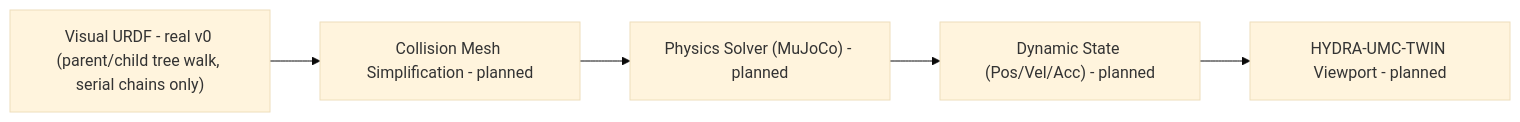
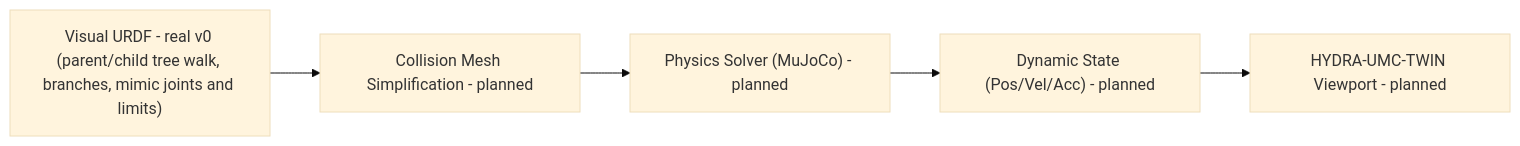
Before and after one commit to JuanenRac/HYDRA-UMC-PHYSICS-REPLICA: the diagram in README.md, drawn with Mermaid (base theme). The commit also changed other lines of this file and 15 other files, not shown here.

Commit message:
Read a branching URDF whole, follow mimic joints and check soft, velocity and effort limits

````diff
--- a/README.md
+++ b/README.md
@@ -56,7 +56,7 @@
 ```mermaid
 flowchart LR
-    URDF["Visual URDF - real v0 (parent/child tree walk, serial chains only)"] --> MESH["Collision Mesh Simplification - planned"]
+    URDF["Visual URDF - real v0 (parent/child tree walk, branches, mimic joints and limits)"] --> MESH["Collision Mesh Simplification - planned"]
     MESH --> SOLVE["Physics Solver (MuJoCo) - planned"]
     SOLVE --> DYN["Dynamic State (Pos/Vel/Acc) - planned"]
     DYN --> TWIN["HYDRA-UMC-TWIN Viewport - planned"]
 ```
````
